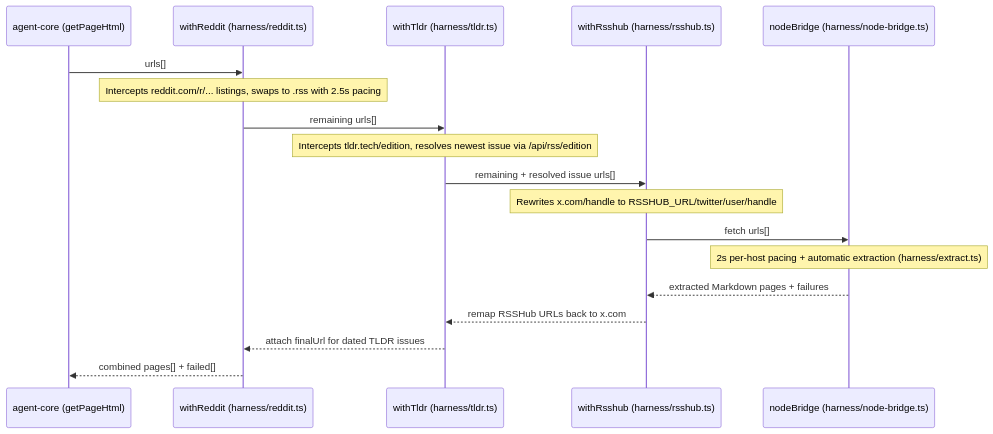
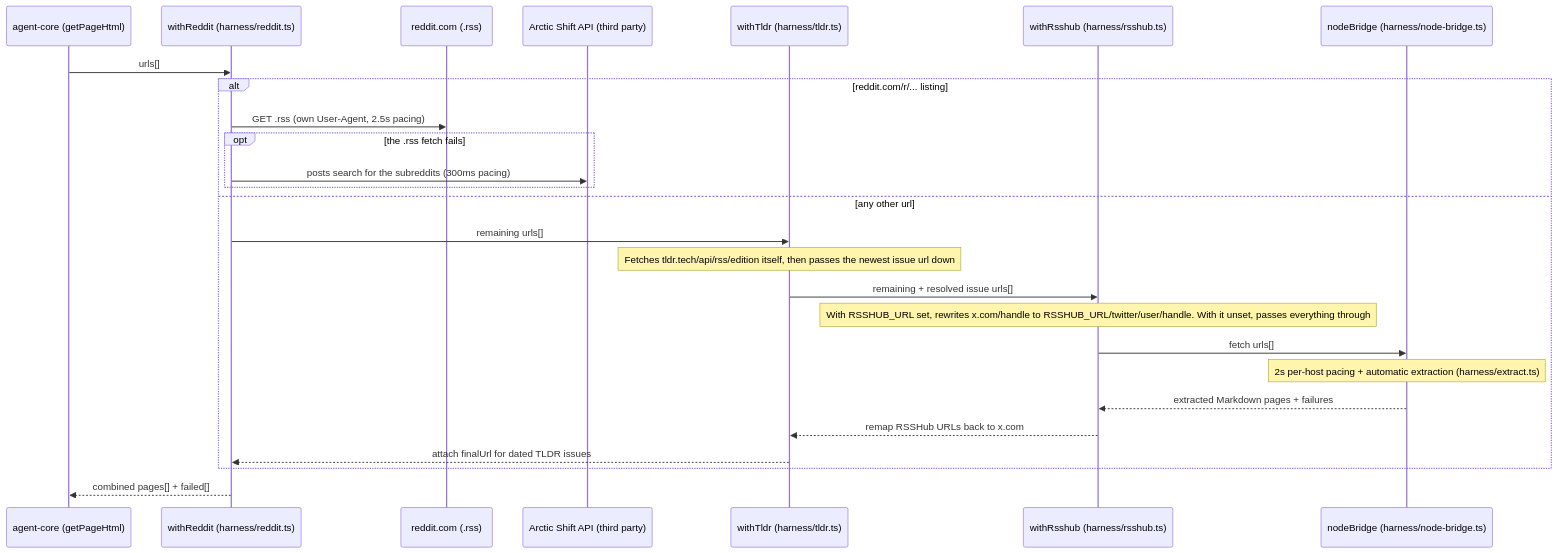
Before and after one commit to cameronsjo/today: the second of 3 diagrams in docs/hosted-architecture.md, drawn with Mermaid. The commit also changed other lines of this file, not shown here.

First line of the commit message:
docs: fix the hosted architecture doc against reviewer findings

````diff
--- a/docs/hosted-architecture.md
+++ b/docs/hosted-architecture.md
@@ -47,21 +55,29 @@
 ```mermaid
 sequenceDiagram
   participant Core as agent-core (getPageHtml)
   participant Reddit as withReddit (harness/reddit.ts)
+  participant RedditHost as reddit.com (.rss)
+  participant Arctic as Arctic Shift API (third party)
   participant TLDR as withTldr (harness/tldr.ts)
   participant RSSHub as withRsshub (harness/rsshub.ts)
   participant Node as nodeBridge (harness/node-bridge.ts)
 
   Core->>Reddit: urls[]
-  Note over Reddit: Intercepts reddit.com/r/... listings, swaps to .rss with 2.5s pacing
-  Reddit->>TLDR: remaining urls[]
-  Note over TLDR: Intercepts tldr.tech/edition, resolves newest issue via /api/rss/edition
-  TLDR->>RSSHub: remaining + resolved issue urls[]
-  Note over RSSHub: Rewrites x.com/handle to RSSHUB_URL/twitter/user/handle
-  RSSHub->>Node: fetch urls[]
-  Note over Node: 2s per-host pacing + automatic extraction (harness/extract.ts)
-  Node-->>RSSHub: extracted Markdown pages + failures
-  RSSHub-->>TLDR: remap RSSHub URLs back to x.com
-  TLDR-->>Reddit: attach finalUrl for dated TLDR issues
+  alt reddit.com/r/... listing
+    Reddit->>RedditHost: GET .rss (own User-Agent, 2.5s pacing)
+    opt the .rss fetch fails
+      Reddit->>Arctic: posts search for the subreddits (300ms pacing)
+    end
+  else any other url
+    Reddit->>TLDR: remaining urls[]
+    Note over TLDR: Fetches tldr.tech/api/rss/edition itself, then passes the newest issue url down
+    TLDR->>RSSHub: remaining + resolved issue urls[]
+    Note over RSSHub: With RSSHUB_URL set, rewrites x.com/handle to RSSHUB_URL/twitter/user/handle. With it unset, passes everything through
+    RSSHub->>Node: fetch urls[]
+    Note over Node: 2s per-host pacing + automatic extraction (harness/extract.ts)
+    Node-->>RSSHub: extracted Markdown pages + failures
+    RSSHub-->>TLDR: remap RSSHub URLs back to x.com
+    TLDR-->>Reddit: attach finalUrl for dated TLDR issues
+  end
   Reddit-->>Core: combined pages[] + failed[]
 ```
````
